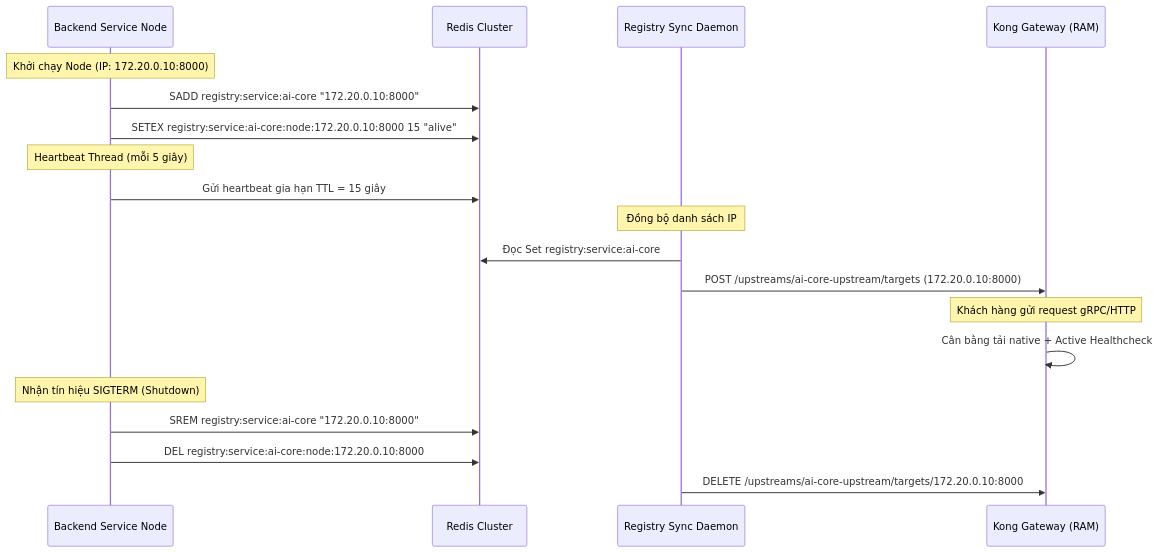
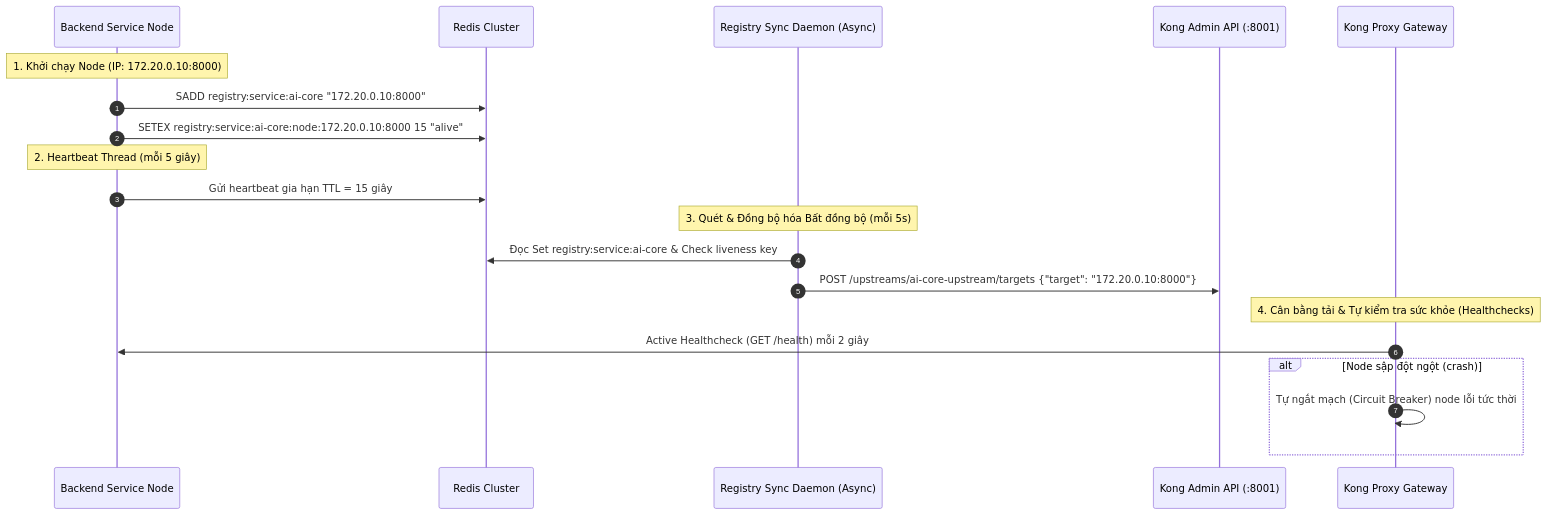
Before and after one commit to hugg4u/solavie-platform: the diagram in docs/architecture/service_discovery_registry.md, drawn with Mermaid. The commit also changed other lines of this file and 76 other files, not shown here.

Commit message:
docs: initialize comprehensive technical specifications and architecture documentation for all system services discovery

````diff
--- a/docs/architecture/service_discovery_registry.md
+++ b/docs/architecture/service_discovery_registry.md
@@ -28,26 +29,26 @@
 ```mermaid
 sequenceDiagram
+    autonumber
     participant Backend as Backend Service Node
     participant Redis as Redis Cluster
-    participant SyncDaemon as Registry Sync Daemon
-    participant Kong as Kong Gateway (RAM)
+    participant SyncDaemon as Registry Sync Daemon (Async)
+    participant KongAdmin as Kong Admin API (:8001)
+    participant KongProxy as Kong Proxy Gateway
     
-    Note over Backend: Khởi chạy Node (IP: 172.20.0.10:8000)
+    Note over Backend: 1. Khởi chạy Node (IP: 172.20.0.10:8000)
     Backend->>Redis: SADD registry:service:ai-core "172.20.0.10:8000"
     Backend->>Redis: SETEX registry:service:ai-core:node:172.20.0.10:8000 15 "alive"
     
-    Note over Backend: Heartbeat Thread (mỗi 5 giây)
+    Note over Backend: 2. Heartbeat Thread (mỗi 5 giây)
     Backend->>Redis: Gửi heartbeat gia hạn TTL = 15 giây
     
-    Note over SyncDaemon: Đồng bộ danh sách IP
-    SyncDaemon->>Redis: Đọc Set registry:service:ai-core
-    SyncDaemon->>Kong: POST /upstreams/ai-core-upstream/targets (172.20.0.10:8000)
+    Note over SyncDaemon: 3. Quét & Đồng bộ hóa Bất đồng bộ (mỗi 5s)
+    SyncDaemon->>Redis: Đọc Set registry:service:ai-core & Check liveness key
+    SyncDaemon->>KongAdmin: POST /upstreams/ai-core-upstream/targets {"target": "172.20.0.10:8000"}
     
-    Note over Kong: Khách hàng gửi request gRPC/HTTP
-    Kong->>Kong: Cân bằng tải native + Active Healthcheck
-    
-    Note over Backend: Nhận tín hiệu SIGTERM (Shutdown)
-    Backend->>Redis: SREM registry:service:ai-core "172.20.0.10:8000"
-    Backend->>Redis: DEL registry:service:ai-core:node:172.20.0.10:8000
-    SyncDaemon->>Kong: DELETE /upstreams/ai-core-upstream/targets/172.20.0.10:8000
+    Note over KongProxy: 4. Cân bằng tải & Tự kiểm tra sức khỏe (Healthchecks)
+    KongProxy->>Backend: Active Healthcheck (GET /health) mỗi 2 giây
+    alt Node sập đột ngột (crash)
+        KongProxy->>KongProxy: Tự ngắt mạch (Circuit Breaker) node lỗi tức thời
+    end
 ```
````
